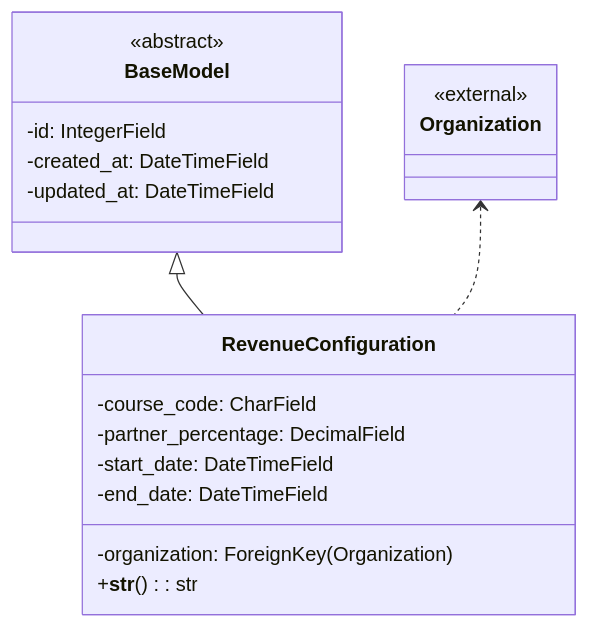
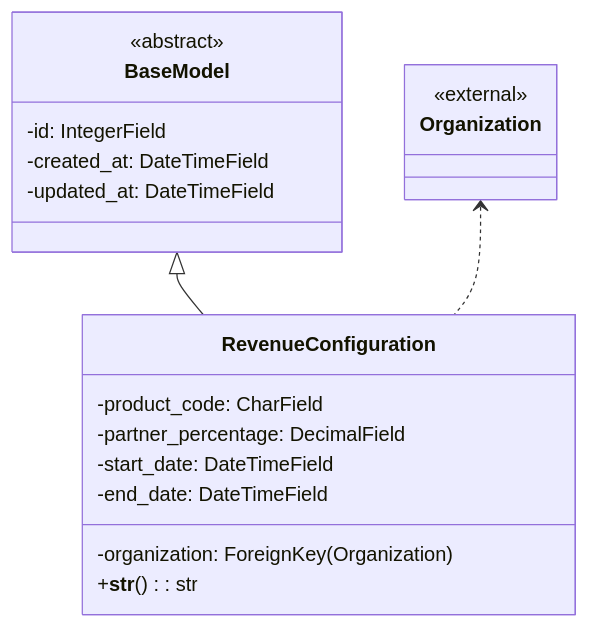
The diagram in apps/shared_revenue/README.md (fccn/nau-financial-manager), drawn with Mermaid before and after one commit. The commit also changed 16 other files, not shown here.

````diff
--- a/apps/shared_revenue/README.md
+++ b/apps/shared_revenue/README.md
@@ -8,22 +8,22 @@
 ```mermaid
 classDiagram
     class BaseModel {
         <<abstract>>
         -id: IntegerField
         -created_at: DateTimeField
         -updated_at: DateTimeField
     }
     class Organization {
         <<external>>
     }
     class RevenueConfiguration {
         -organization: ForeignKey(Organization)
-        -course_code: CharField
+        -product_code: CharField
         -partner_percentage: DecimalField
         -start_date: DateTimeField
         -end_date: DateTimeField
         +__str__(): str
     }
     BaseModel <|-- RevenueConfiguration
     Organization <.. RevenueConfiguration
 ```
````
